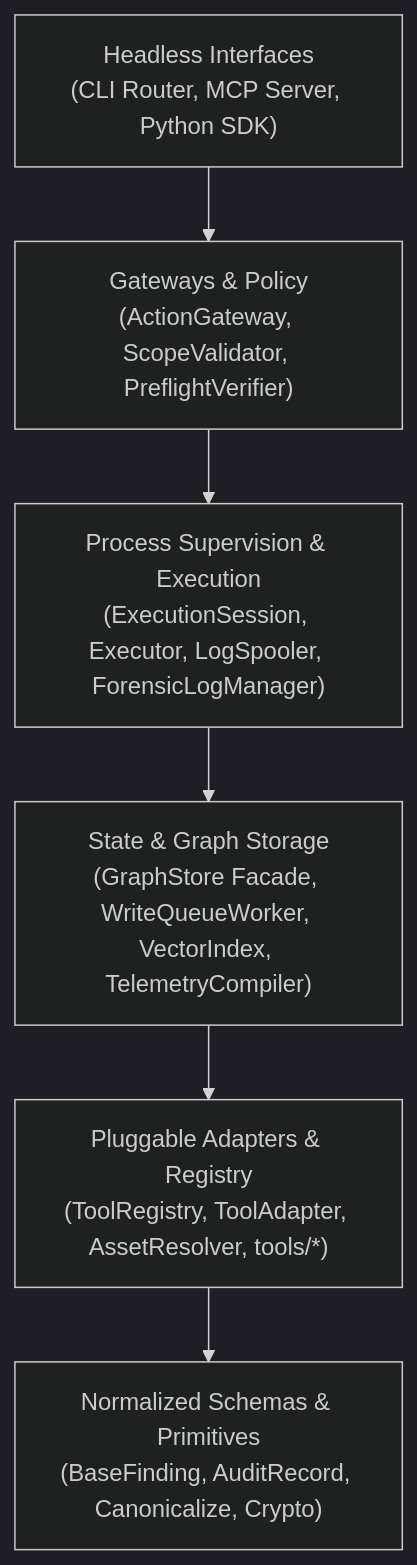
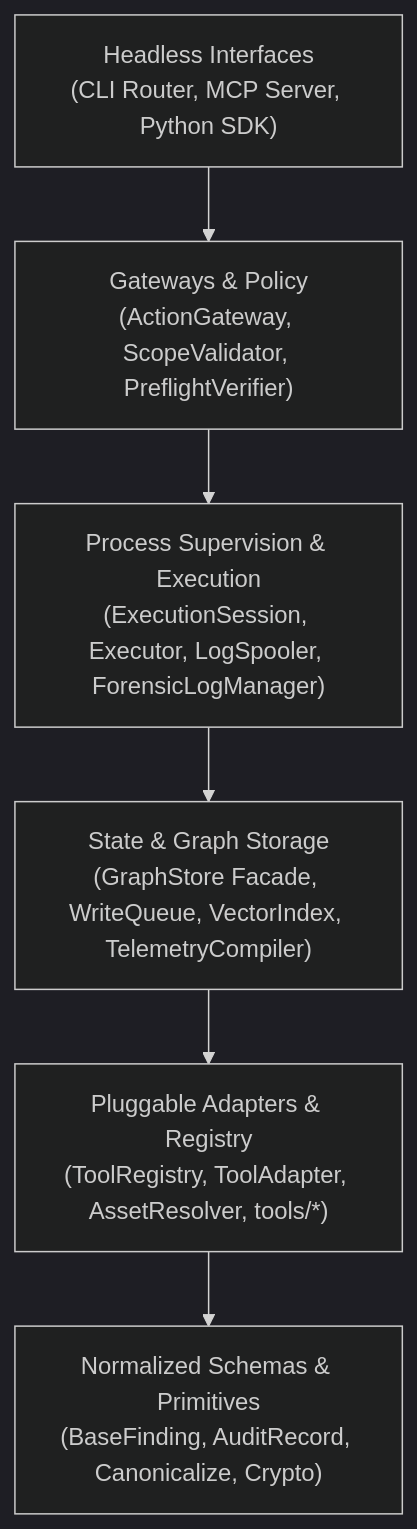
One commit to h45sh/ether changed the diagram in docs/explanation/architecture.md. Above: the diagram before and after it, drawn with Mermaid (dark theme). The commit also changed other lines of this file and 70 other files, not shown here.

````diff
--- a/docs/explanation/architecture.md
+++ b/docs/explanation/architecture.md
@@ -91,15 +91,15 @@
 ```mermaid
 graph TD
     Headless["Headless Interfaces<br>(CLI Router, MCP Server, Python SDK)"]
     Gateway["Gateways & Policy<br>(ActionGateway, ScopeValidator, PreflightVerifier)"]
     Core["Process Supervision & Execution<br>(ExecutionSession, Executor, LogSpooler, ForensicLogManager)"]
-    State["State & Graph Storage<br>(GraphStore Facade, WriteQueueWorker, VectorIndex, TelemetryCompiler)"]
+    State["State & Graph Storage<br>(GraphStore Facade, WriteQueue, VectorIndex, TelemetryCompiler)"]
     Registry["Pluggable Adapters & Registry<br>(ToolRegistry, ToolAdapter, AssetResolver, tools/*)"]
     Schemas["Normalized Schemas & Primitives<br>(BaseFinding, AuditRecord, Canonicalize, Crypto)"]
 
     Headless --> Gateway
     Gateway --> Core
     Core --> State
     State --> Registry
     Registry --> Schemas
 ```
````
